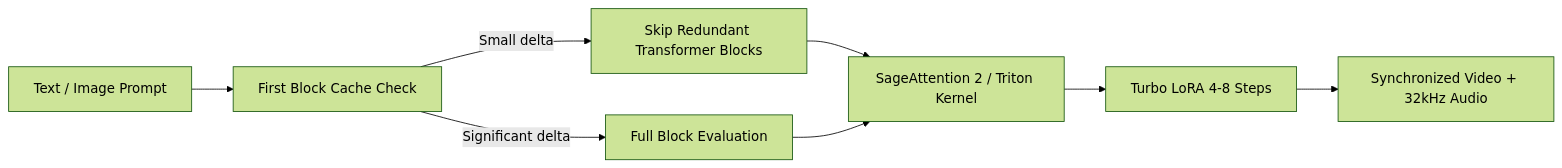
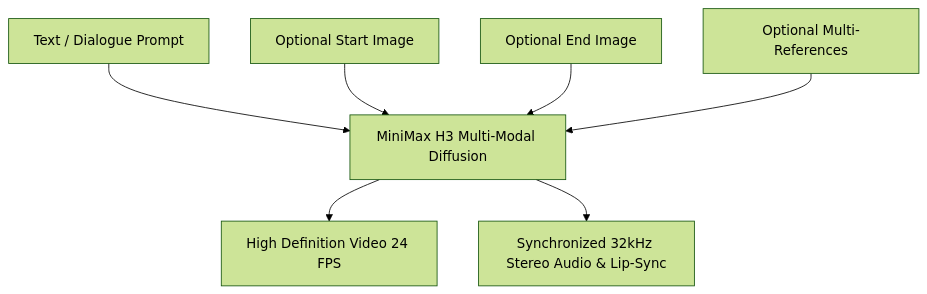
The diagram in README.md (PatelVrund-GameDev/minimax-h3-local-runner), drawn with Mermaid (forest theme) before and after one commit. The commit also changed other lines of this file, not shown here.

Commit message:
Update comprehensive README with full Wan2GP studio capabilities, settings guide, limitations, and hardware matrix

````diff
--- a/README.md
+++ b/README.md
@@ -106,10 +80,9 @@
 ```mermaid
-flowchart LR
-    A[Text / Image Prompt] --> B[First Block Cache Check]
-    B -->|Small delta| C[Skip Redundant Transformer Blocks]
-    B -->|Significant delta| D[Full Block Evaluation]
-    C --> E[SageAttention 2 / Triton Kernel]
-    D --> E
-    E --> F[Turbo LoRA 4-8 Steps]
-    F --> G[Synchronized Video + 32kHz Audio]
+graph TD
+    Prompt[Text / Dialogue Prompt] --> H3[MiniMax H3 Multi-Modal Diffusion]
+    StartImg[Optional Start Image] --> H3
+    EndImg[Optional End Image] --> H3
+    RefMedia[Optional Multi-References] --> H3
+    H3 --> VideoStream[High Definition Video 24 FPS]
+    H3 --> AudioStream[Synchronized 32kHz Stereo Audio & Lip-Sync]
 ```
````
